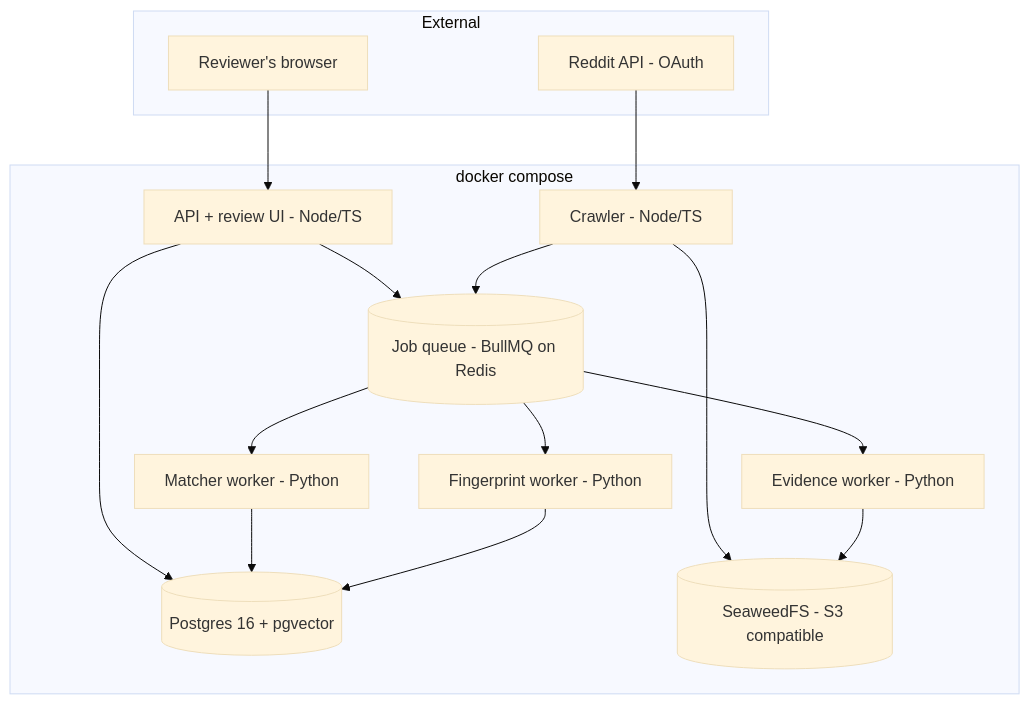
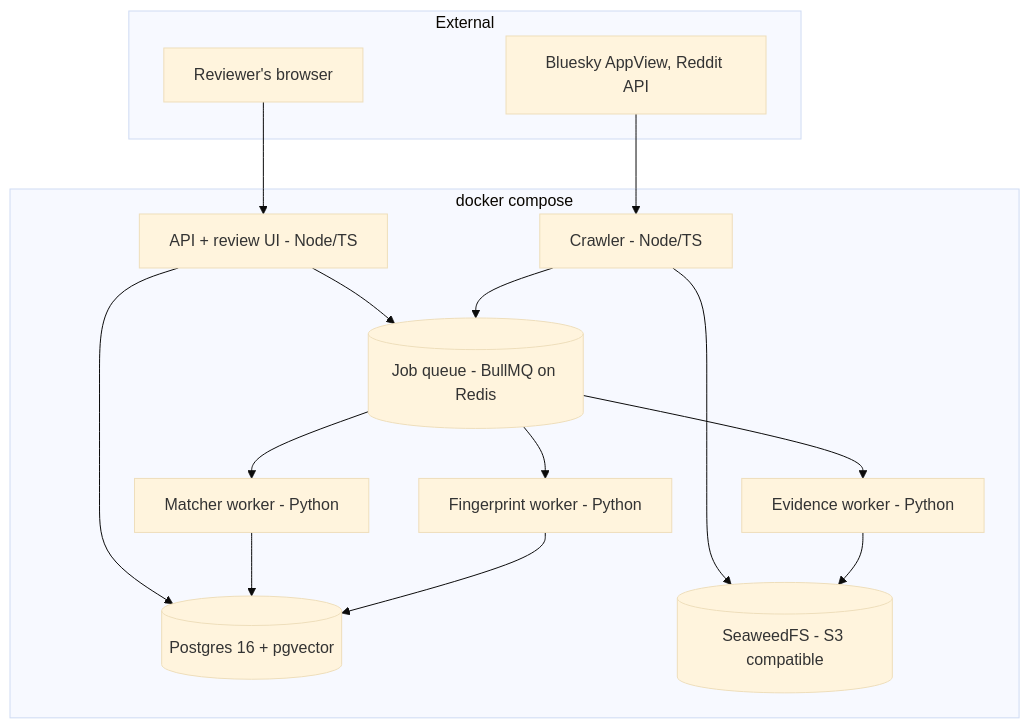
Before and after one commit to Cshiva773/repost-radar: the first of 3 diagrams in docs/ARCHITECTURE.md, drawn with Mermaid (base theme). The commit also changed other lines of this file and 3 other files, not shown here.

````diff
--- a/docs/ARCHITECTURE.md
+++ b/docs/ARCHITECTURE.md
@@ -9,29 +9,29 @@
 ```mermaid
 flowchart TB
   subgraph External
-    R[Reddit API - OAuth]
+    R[Bluesky AppView, Reddit API]
     B[Reviewer's browser]
   end
   subgraph Compose[docker compose]
     C[Crawler - Node/TS]
     A[API + review UI - Node/TS]
     Q[(Job queue - BullMQ on Redis)]
     F[Fingerprint worker - Python]
     M[Matcher worker - Python]
     E[Evidence worker - Python]
     P[(Postgres 16 + pgvector)]
     S[(SeaweedFS - S3 compatible)]
   end
   R --> C
   B --> A
   C --> Q
   A --> Q
   Q --> F
   Q --> M
   Q --> E
   F --> P
   M --> P
   E --> S
   C --> S
   A --> P
 ```
````
